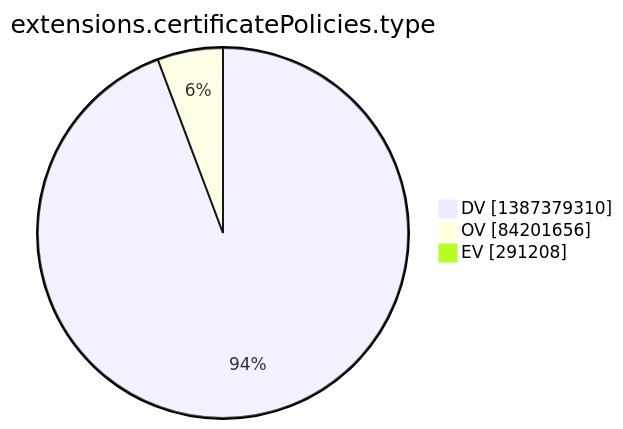
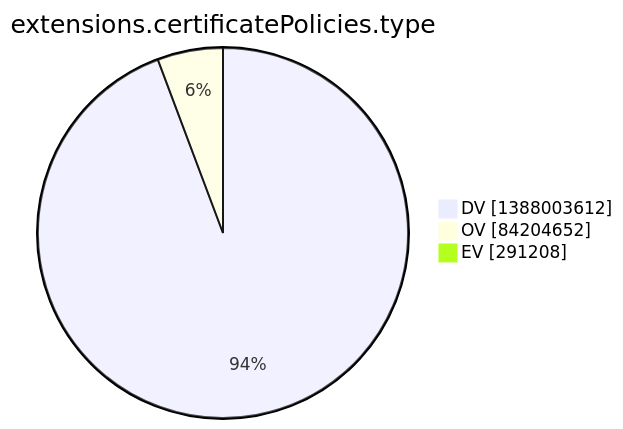
The tenth of 15 diagrams in argon2022/README.md (christiankrug/ctmonitor_visualization), drawn with Mermaid before and after one commit. The commit also changed other lines of this file, not shown here.

````diff
--- a/argon2022/README.md
+++ b/argon2022/README.md
@@ -2773,7 +2773,7 @@
 ```mermaid
 pie showData
 title extensions.certificatePolicies.type
-"DV" :1387379310
-"OV" :84201656
+"DV" :1388003612
+"OV" :84204652
 "EV" :291208
 ```
````
